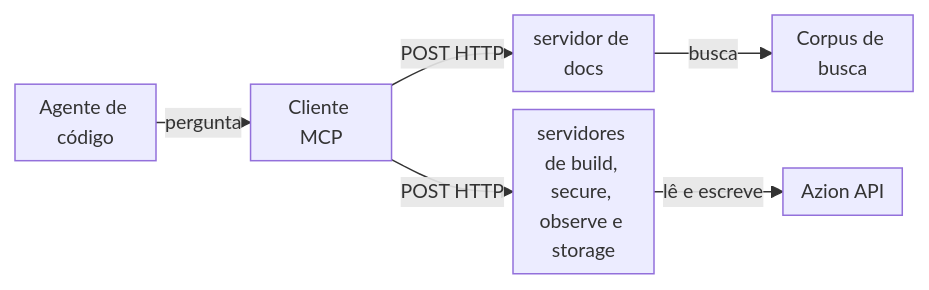
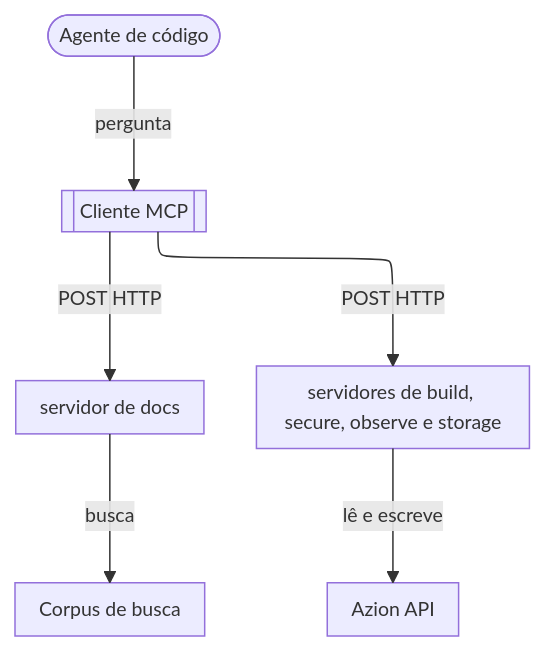
The diagram in apps/docs/src/content/docs/pt-br/pages/devtools/mcp/mcp-como-funciona.mdx (aziontech/docs), drawn with Mermaid before and after one commit. The commit also changed 179 other files, not shown here.

Commit message:
docs(diagrams): redraw every other diagram in the use-case diagram style (#2513)

````diff
--- a/apps/docs/src/content/docs/pt-br/pages/devtools/mcp/mcp-como-funciona.mdx
+++ b/apps/docs/src/content/docs/pt-br/pages/devtools/mcp/mcp-como-funciona.mdx
@@ -26,9 +26,9 @@
 ```mermaid
-%%{init: {"layout": "dagre", "themeVariables": {"fontSize": "13px"}, "flowchart": {"nodeSpacing": 12, "rankSpacing": 12, "padding": 6, "wrappingWidth": 70, "minNodeWidth": 40, "useMaxWidth": true}}}%%
-flowchart LR
-  Agent["Agente de código"] -->|"pergunta"| Client["Cliente MCP"]
+%%{init: {"layout": "elk", "themeVariables": {"fontSize": "13px"}, "flowchart": {"nodeSpacing": 24, "rankSpacing": 36, "padding": 8, "wrappingWidth": 150, "useMaxWidth": true}, "sequence": {"width": 120, "actorMargin": 30, "useMaxWidth": true}}}%%
+flowchart TD
+  Agent(["Agente de código"]) -->|"pergunta"| Client[["Cliente MCP"]]
   Client -->|"POST HTTP"| Docs["servidor de docs"]
   Client -->|"POST HTTP"| Domain["servidores de build, secure, observe e storage"]
   Docs -->|"busca"| Corpus["Corpus de busca"]
   Domain -->|"lê e escreve"| Api["Azion API"]
 ```
````
